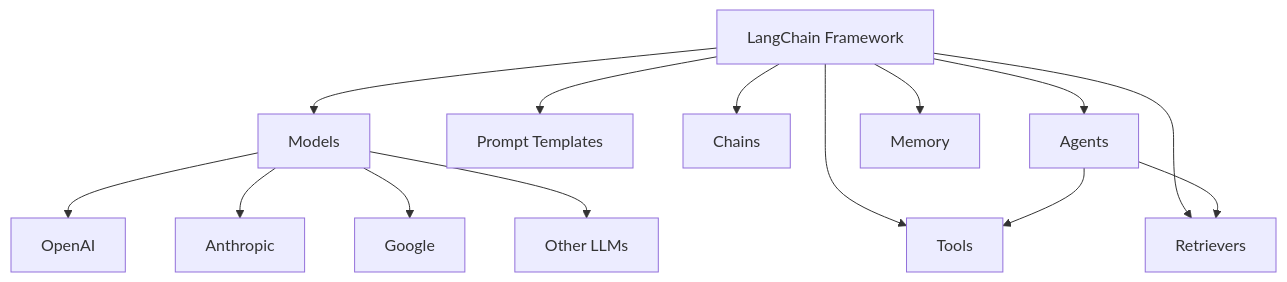
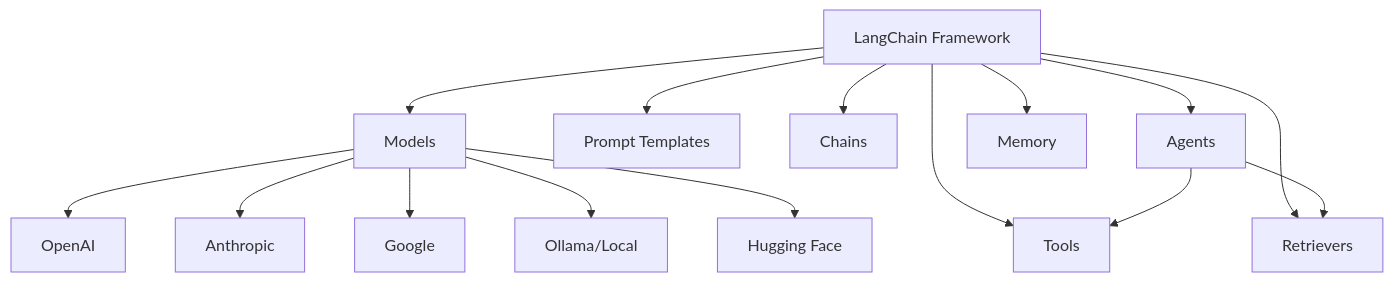
Before and after one commit to bibekgupta3333/langchain-practical-guide: the first of 7 diagrams in README.md, drawn with Mermaid. The commit also changed other lines of this file and 29 other files, not shown here.

Commit message:
✨ Update dependencies and refactor code to integrate Ollama for local LLM inference, replacing Google Generative AI references.

````diff
--- a/README.md
+++ b/README.md
@@ -9,18 +9,19 @@
 ```mermaid
 graph TD
     A[LangChain Framework] --> B[Models]
     A --> C[Prompt Templates]
     A --> D[Chains]
     A --> E[Agents]
     A --> F[Memory]
     A --> G[Tools]
     A --> H[Retrievers]
 
     B --> B1[OpenAI]
     B --> B2[Anthropic]
     B --> B3[Google]
-    B --> B4[Other LLMs]
+    B --> B4[Ollama/Local]
+    B --> B5[Hugging Face]
 
     E --> G
     E --> H
 ```
````
